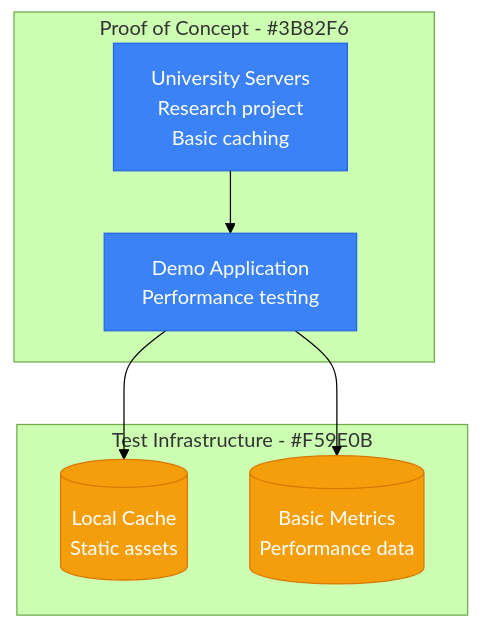
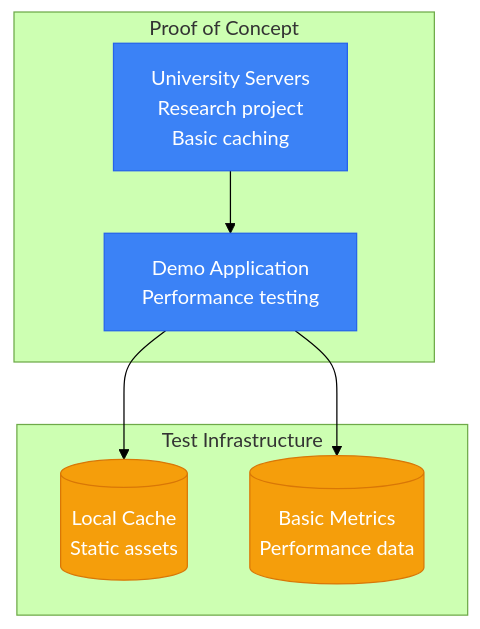
One commit to deepaucksharma/DS changed the first of 4 diagrams in site/docs/scaling/cloudflare-scale-evolution.md. Above: the diagram before and after it, drawn with Mermaid (forest theme). The commit also changed other lines of this file and 169 other files, not shown here.

````diff
--- a/site/docs/scaling/cloudflare-scale-evolution.md
+++ b/site/docs/scaling/cloudflare-scale-evolution.md
@@ -19,22 +19,22 @@
 ```mermaid
 graph TB
-    subgraph PoC[Proof of Concept - #3B82F6]
+    subgraph PoC["Proof of Concept"]
         UNIVERSITY[University Servers<br/>Research project<br/>Basic caching]
         DEMO[Demo Application<br/>Performance testing]
     end
 
-    subgraph TestData[Test Infrastructure - #F59E0B]
+    subgraph TestData["Test Infrastructure"]
         CACHE[(Local Cache<br/>Static assets)]
         METRICS[(Basic Metrics<br/>Performance data)]
     end
 
     UNIVERSITY --> DEMO
     DEMO --> CACHE
     DEMO --> METRICS
 
     classDef pocStyle fill:#3B82F6,stroke:#2563EB,color:#fff
     classDef dataStyle fill:#F59E0B,stroke:#D97706,color:#fff
 
     class UNIVERSITY,DEMO pocStyle
     class CACHE,METRICS dataStyle
 ```
````
